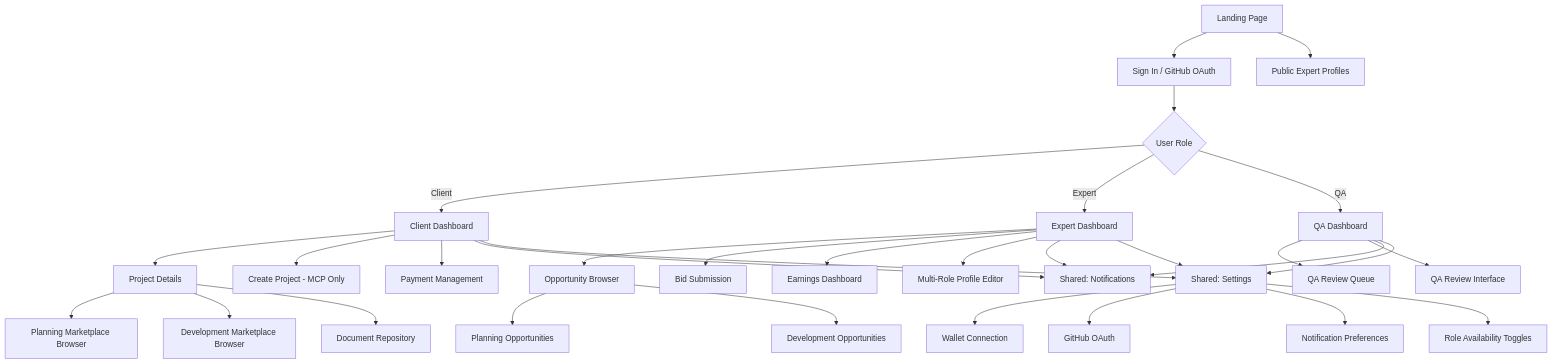
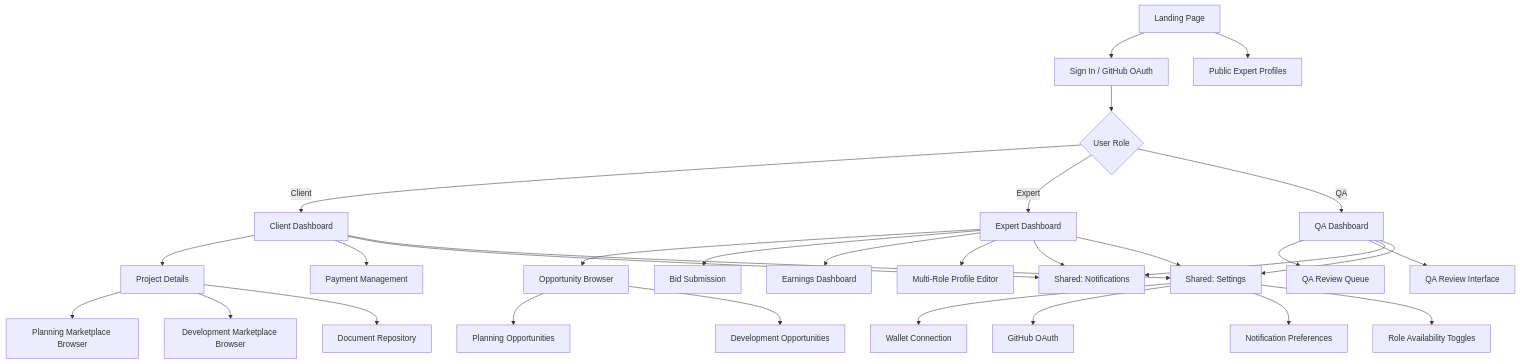
Before and after one commit to ALLiDoizCode/American_Nerd: the first of 7 diagrams in docs/front-end-spec.md, drawn with Mermaid. The commit also changed other lines of this file and 33 other files, not shown here.

First line of the commit message:
Complete documentation alignment and MCP-only brief creation

````diff
--- a/docs/front-end-spec.md
+++ b/docs/front-end-spec.md
@@ -69,43 +69,42 @@
 ```mermaid
 graph TD
     A[Landing Page] --> B[Sign In / GitHub OAuth]
     B --> C{User Role}
 
     C -->|Client| D[Client Dashboard]
     C -->|Expert| E[Expert Dashboard]
 
     D --> D1[Project Details]
-    D --> D2[Create Project - MCP Only]
-    D --> D3[Payment Management]
+    D --> D2[Payment Management]
 
     D1 --> D1A[Planning Marketplace Browser]
     D1 --> D1B[Development Marketplace Browser]
     D1 --> D1C[Document Repository]
 
     E --> E1[Opportunity Browser]
     E --> E2[Bid Submission]
     E --> E3[Earnings Dashboard]
     E --> E4[Multi-Role Profile Editor]
 
     E1 --> E1A[Planning Opportunities]
     E1 --> E1B[Development Opportunities]
 
     A --> F[Public Expert Profiles]
 
     C -->|QA| G[QA Dashboard]
     G --> G1[QA Review Queue]
     G --> G2[QA Review Interface]
 
     D --> H[Shared: Notifications]
     E --> H
     G --> H
 
     D --> I[Shared: Settings]
     E --> I
     G --> I
 
     I --> I1[Wallet Connection]
     I --> I2[GitHub OAuth]
     I --> I3[Notification Preferences]
     I --> I4[Role Availability Toggles]
 ```
````
